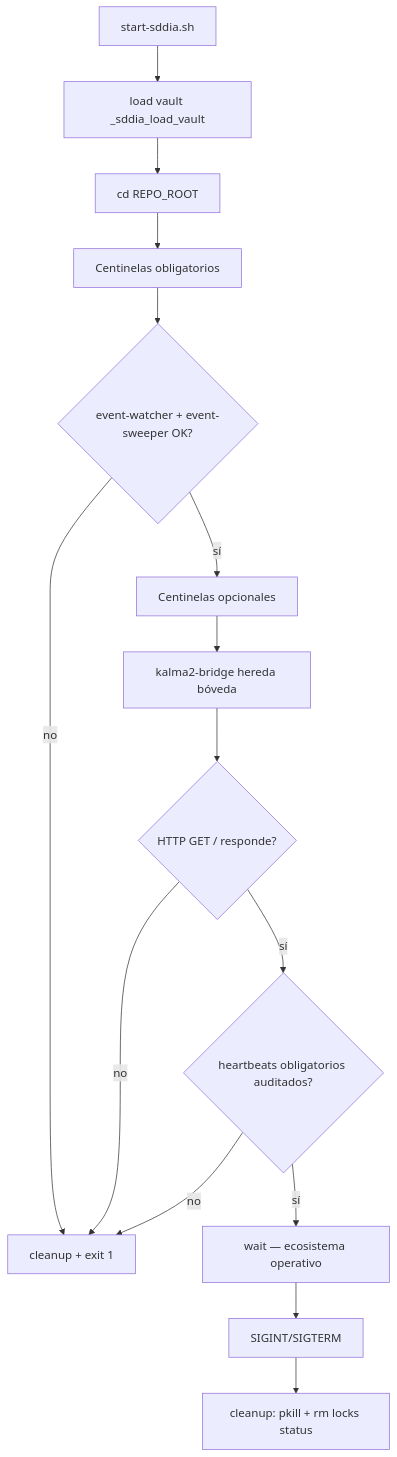
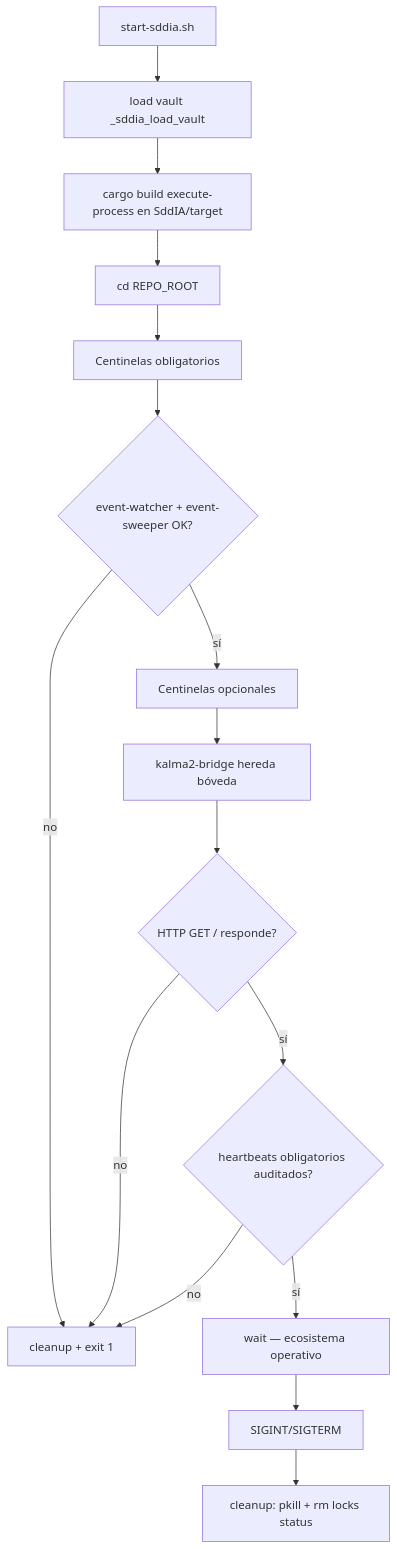
The diagram in start-sddia.md (racso80es/SddIA), drawn with Mermaid before and after one commit. The commit also changed other lines of this file and 2 other files, not shown here.

First line of the commit message:
fix(ignition): recompilar execute-process en SddIA/target al arrancar

````diff
--- a/start-sddia.md
+++ b/start-sddia.md
@@ -33,17 +33,18 @@
 ```mermaid
 flowchart TD
     A[start-sddia.sh] --> V[load vault _sddia_load_vault]
-    V --> B[cd REPO_ROOT]
+    V --> O[cargo build execute-process en SddIA/target]
+    O --> B[cd REPO_ROOT]
     B --> C[Centinelas obligatorios]
     C --> D{event-watcher + event-sweeper OK?}
     D -->|no| X[cleanup + exit 1]
     D -->|sí| E[Centinelas opcionales]
     E --> F[kalma2-bridge hereda bóveda]
     F --> G{HTTP GET / responde?}
     G -->|no| X
     G -->|sí| HB{heartbeats obligatorios auditados?}
     HB -->|no| X
     HB -->|sí| H[wait — ecosistema operativo]
     H --> I[SIGINT/SIGTERM]
     I --> J[cleanup: pkill + rm locks status]
 ```
````
